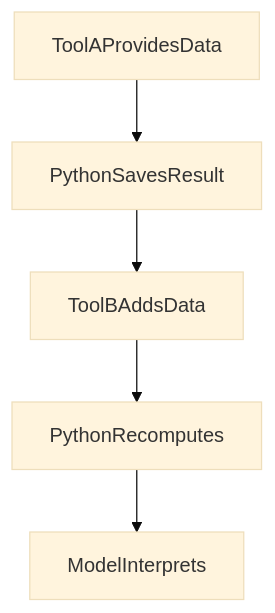
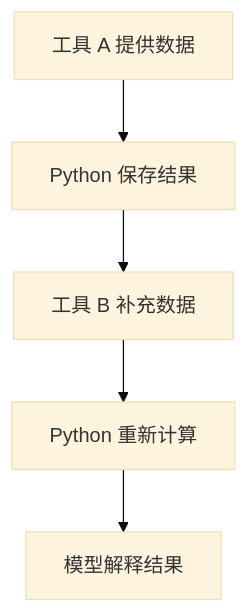
The second of 2 diagrams in articles/adaptive-research-python-workbench.md (hpoenixf/eff-agent-article), drawn with Mermaid (base theme) before and after one commit. The commit also changed other lines of this file and 52 other files, not shown here.

Commit message:
docs: localize diagrams and clarify flagship guides

````diff
--- a/articles/adaptive-research-python-workbench.md
+++ b/articles/adaptive-research-python-workbench.md
@@ -157,7 +157,7 @@
 ```mermaid
 graph TD
-ToolAProvidesData --> PythonSavesResult
-PythonSavesResult --> ToolBAddsData
-ToolBAddsData --> PythonRecomputes
-PythonRecomputes --> ModelInterprets
+ToolAProvidesData["工具 A 提供数据"] --> PythonSavesResult["Python 保存结果"]
+PythonSavesResult --> ToolBAddsData["工具 B 补充数据"]
+ToolBAddsData --> PythonRecomputes["Python 重新计算"]
+PythonRecomputes --> ModelInterprets["模型解释结果"]
 ```
````
